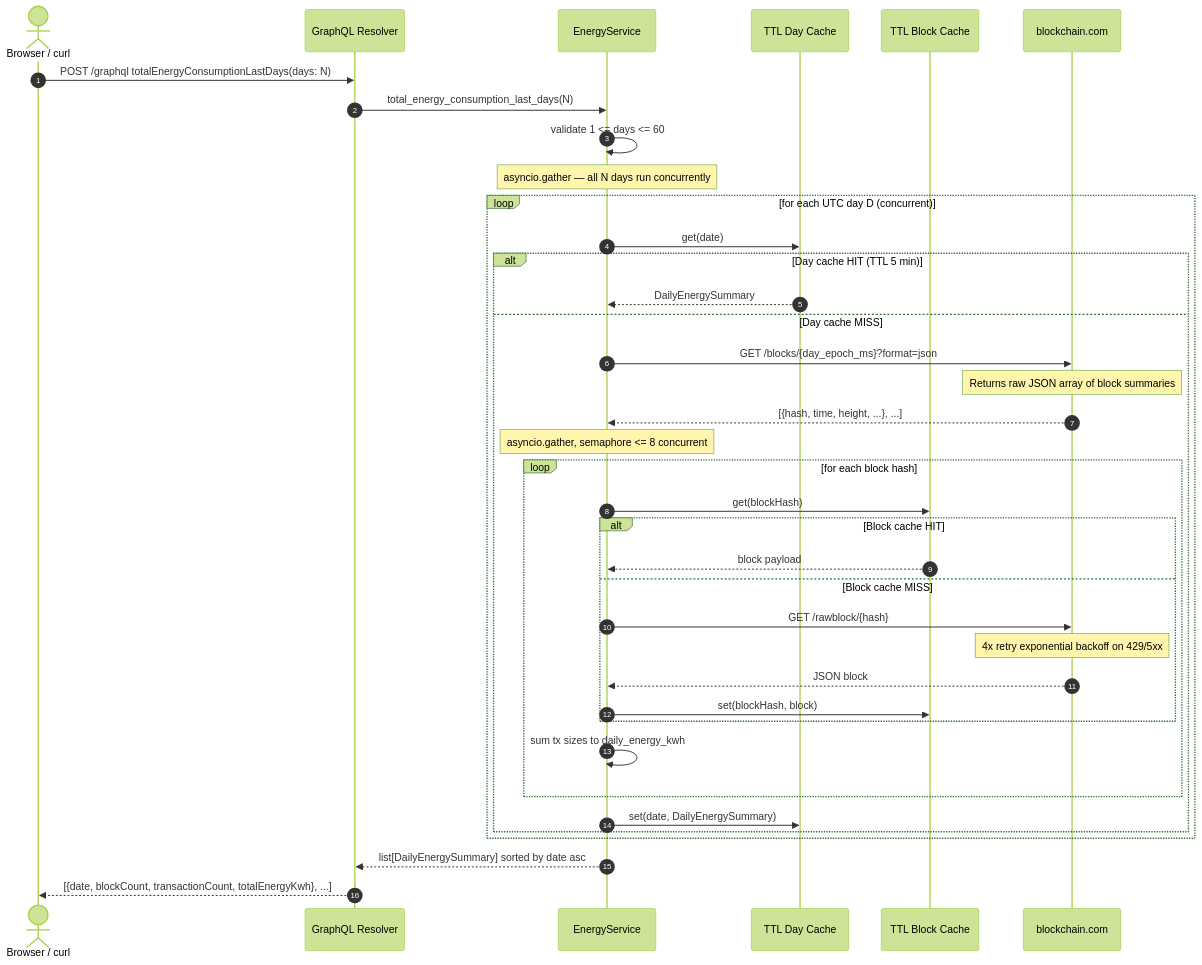
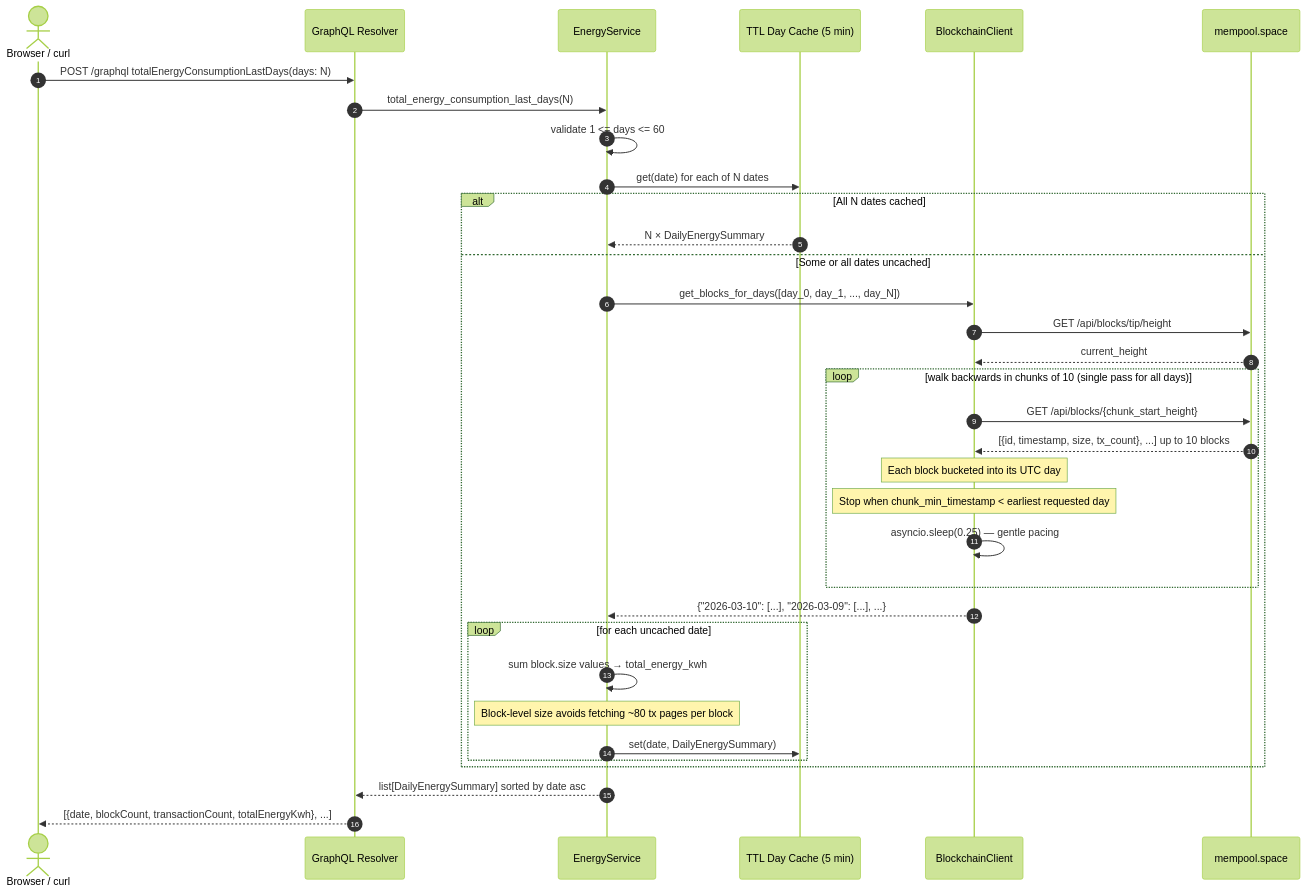
One commit to burakcetindev/sensorfact changed the second of 4 diagrams in docs/data-flow.md. Above: the diagram before and after it, drawn with Mermaid (forest theme). The commit also changed other lines of this file and 23 other files, not shown here.

````diff
--- a/docs/data-flow.md
+++ b/docs/data-flow.md
@@ -41,41 +66,37 @@
 ```mermaid
 sequenceDiagram
     autonumber
     actor Client as Browser / curl
     participant GQL  as GraphQL Resolver
     participant SVC  as EnergyService
-    participant DCAC as TTL Day Cache
-    participant BCAC as TTL Block Cache
-    participant API  as blockchain.com
+    participant DCAC as TTL Day Cache (5 min)
+    participant CLI  as BlockchainClient
+    participant API  as mempool.space
 
     Client->>GQL: POST /graphql totalEnergyConsumptionLastDays(days: N)
     GQL->>SVC: total_energy_consumption_last_days(N)
     SVC->>SVC: validate 1 <= days <= 60
-    Note over SVC: asyncio.gather — all N days run concurrently
-    loop for each UTC day D (concurrent)
-        SVC->>DCAC: get(date)
-        alt Day cache HIT (TTL 5 min)
-            DCAC-->>SVC: DailyEnergySummary
-        else Day cache MISS
-            SVC->>API: GET /blocks/{day_epoch_ms}?format=json
-            Note over API: Returns raw JSON array of block summaries
-            API-->>SVC: [{hash, time, height, ...}, ...]
-            Note over SVC: asyncio.gather, semaphore <= 8 concurrent
-            loop for each block hash
-                SVC->>BCAC: get(blockHash)
-                alt Block cache HIT
-                    BCAC-->>SVC: block payload
-                else Block cache MISS
-                    SVC->>API: GET /rawblock/{hash}
-                    Note over API: 4x retry exponential backoff on 429/5xx
-                    API-->>SVC: JSON block
-                    SVC->>BCAC: set(blockHash, block)
-                end
-                SVC->>SVC: sum tx sizes to daily_energy_kwh
-            end
+    SVC->>DCAC: get(date) for each of N dates
+    alt All N dates cached
+        DCAC-->>SVC: N × DailyEnergySummary
+    else Some or all dates uncached
+        SVC->>CLI: get_blocks_for_days([day_0, day_1, ..., day_N])
+        CLI->>API: GET /api/blocks/tip/height
+        API-->>CLI: current_height
+        loop walk backwards in chunks of 10 (single pass for all days)
+            CLI->>API: GET /api/blocks/{chunk_start_height}
+            API-->>CLI: [{id, timestamp, size, tx_count}, ...] up to 10 blocks
+            Note over CLI: Each block bucketed into its UTC day
+            Note over CLI: Stop when chunk_min_timestamp < earliest requested day
+            CLI->>CLI: asyncio.sleep(0.25) — gentle pacing
+        end
+        CLI-->>SVC: {"2026-03-10": [...], "2026-03-09": [...], ...}
+        loop for each uncached date
+            SVC->>SVC: sum block.size values → total_energy_kwh
+            Note over SVC: Block-level size avoids fetching ~80 tx pages per block
             SVC->>DCAC: set(date, DailyEnergySummary)
         end
     end
     SVC-->>GQL: list[DailyEnergySummary] sorted by date asc
     GQL-->>Client: [{date, blockCount, transactionCount, totalEnergyKwh}, ...]
 ```
````
